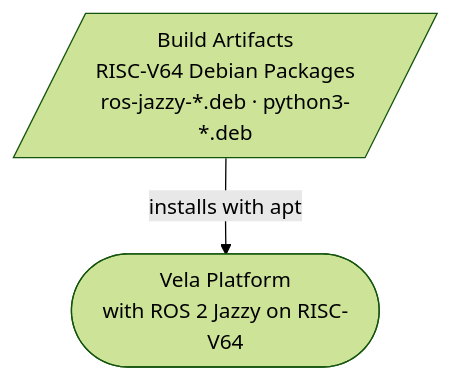
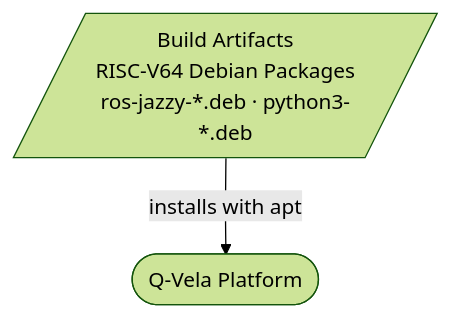
The diagram in README.md (junho-falinux/vela-ros), drawn with Mermaid (forest theme) before and after one commit.

````diff
--- a/README.md
+++ b/README.md
@@ -11,9 +11,9 @@
 ```mermaid
 flowchart TB
     DEBS[/"Build Artifacts<br/>RISC-V64 Debian Packages<br/>ros-jazzy-*.deb · python3-*.deb"/]
 
-    ENV(["Vela Platform<br/>with ROS 2 Jazzy on RISC-V64"])
+    ENV(["Q-Vela Platform<br/>"])
     click ENV href "https://github.com/riscv-vela/vela" "Vela repository"
 
     DEBS -->|"installs with apt"| ENV
 ```
````
